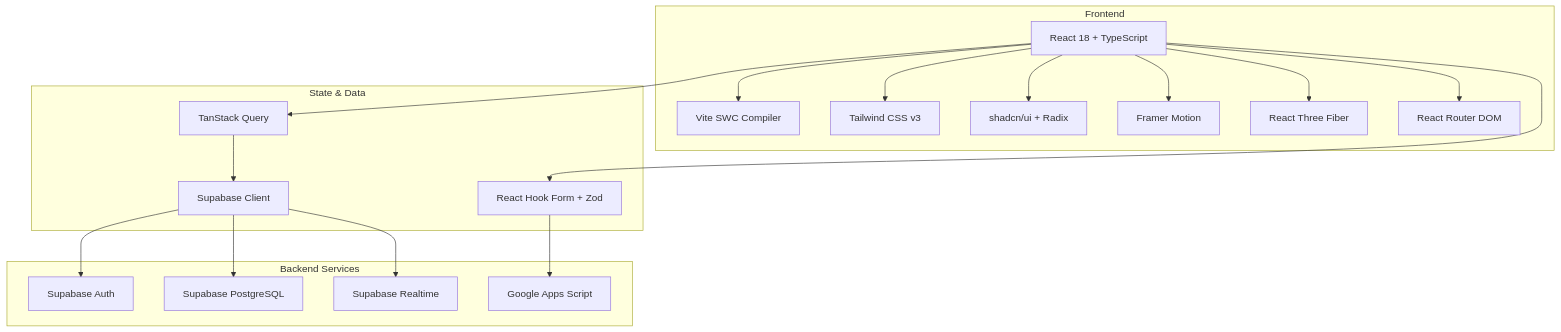
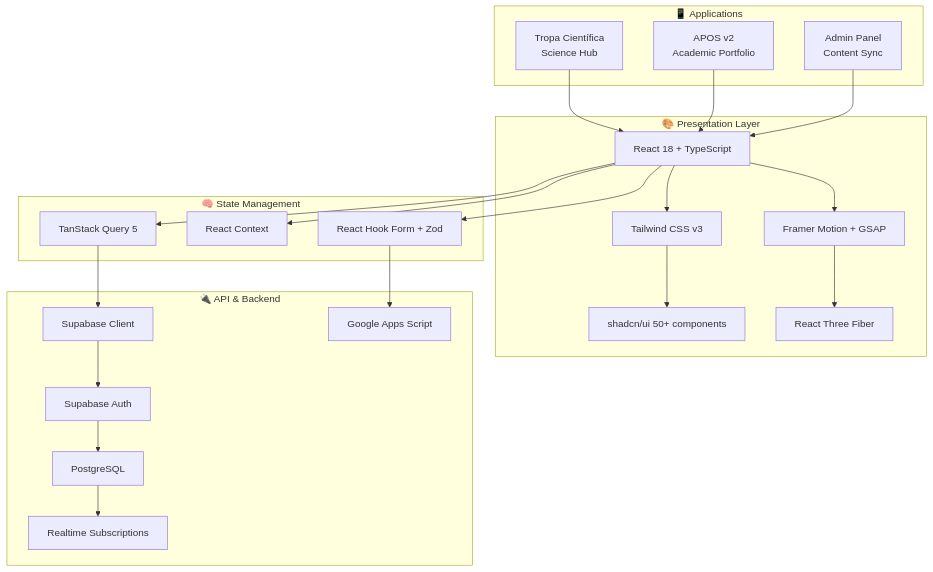
One commit to matheusflorindo32/responsive-realm-app changed the diagram in README.md. Above: the diagram before and after it, drawn with Mermaid. The commit also changed other lines of this file, not shown here.

````diff
--- a/README.md
+++ b/README.md
@@ -43,39 +123,40 @@
 ```mermaid
 graph TB
-    subgraph "Frontend"
+    subgraph "🎨 Presentation Layer"
         A[React 18 + TypeScript]
-        B[Vite SWC Compiler]
-        C[Tailwind CSS v3]
-        D[shadcn/ui + Radix]
-        E[Framer Motion]
-        F[React Three Fiber]
-        G[React Router DOM]
+        B[Tailwind CSS v3]
+        C[shadcn/ui 50+ components]
+        D[Framer Motion + GSAP]
+        E[React Three Fiber]
     end
 
-    subgraph "State & Data"
-        H[TanStack Query]
-        I[React Hook Form + Zod]
-        J[Supabase Client]
+    subgraph "🧠 State Management"
+        F[TanStack Query 5]
+        G[React Context]
+        H[React Hook Form + Zod]
     end
 
-    subgraph "Backend Services"
-        K[Supabase Auth]
-        L[Supabase PostgreSQL]
-        M[Supabase Realtime]
-        N[Google Apps Script]
+    subgraph "🔌 API & Backend"
+        I[Supabase Client]
+        J[Supabase Auth]
+        K[PostgreSQL]
+        L[Realtime Subscriptions]
+        M[Google Apps Script]
     end
 
-    A --> B
-    A --> C
-    A --> D
-    A --> E
-    A --> F
+    subgraph "📱 Applications"
+        N[Tropa Científica<br/>Science Hub]
+        O[APOS v2<br/>Academic Portfolio]
+        P[Admin Panel<br/>Content Sync]
+    end
+
+    A --> B --> C
+    A --> D --> E
+    A --> F --> I
     A --> G
-    A --> H
-    A --> I
-    H --> J
-    J --> K
-    J --> L
-    J --> M
-    I --> N
+    A --> H --> M
+    I --> J --> K --> L
+    N --> A
+    O --> A
+    P --> A
 ```
````
